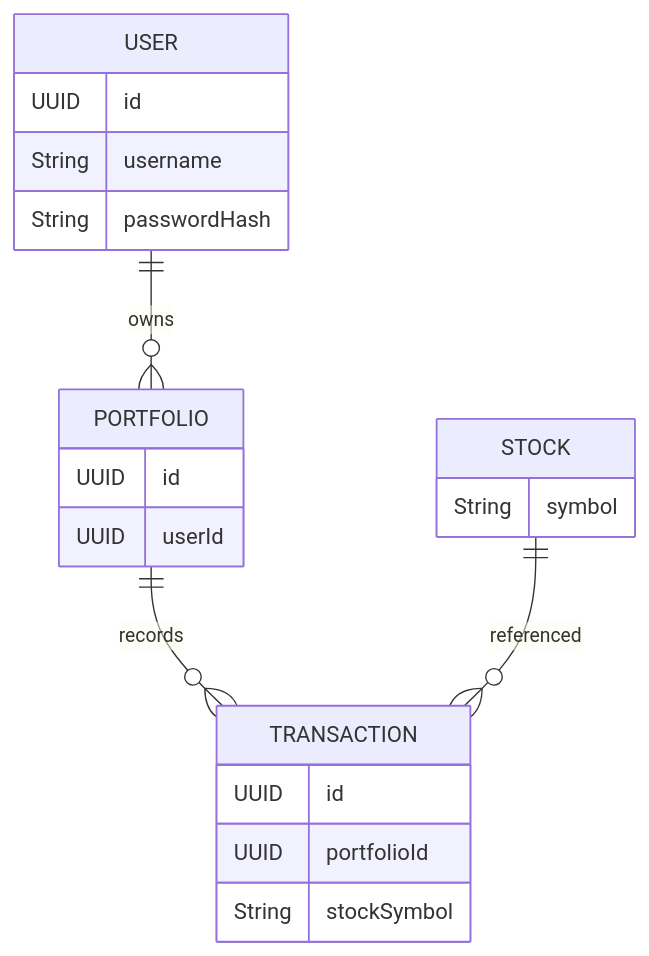
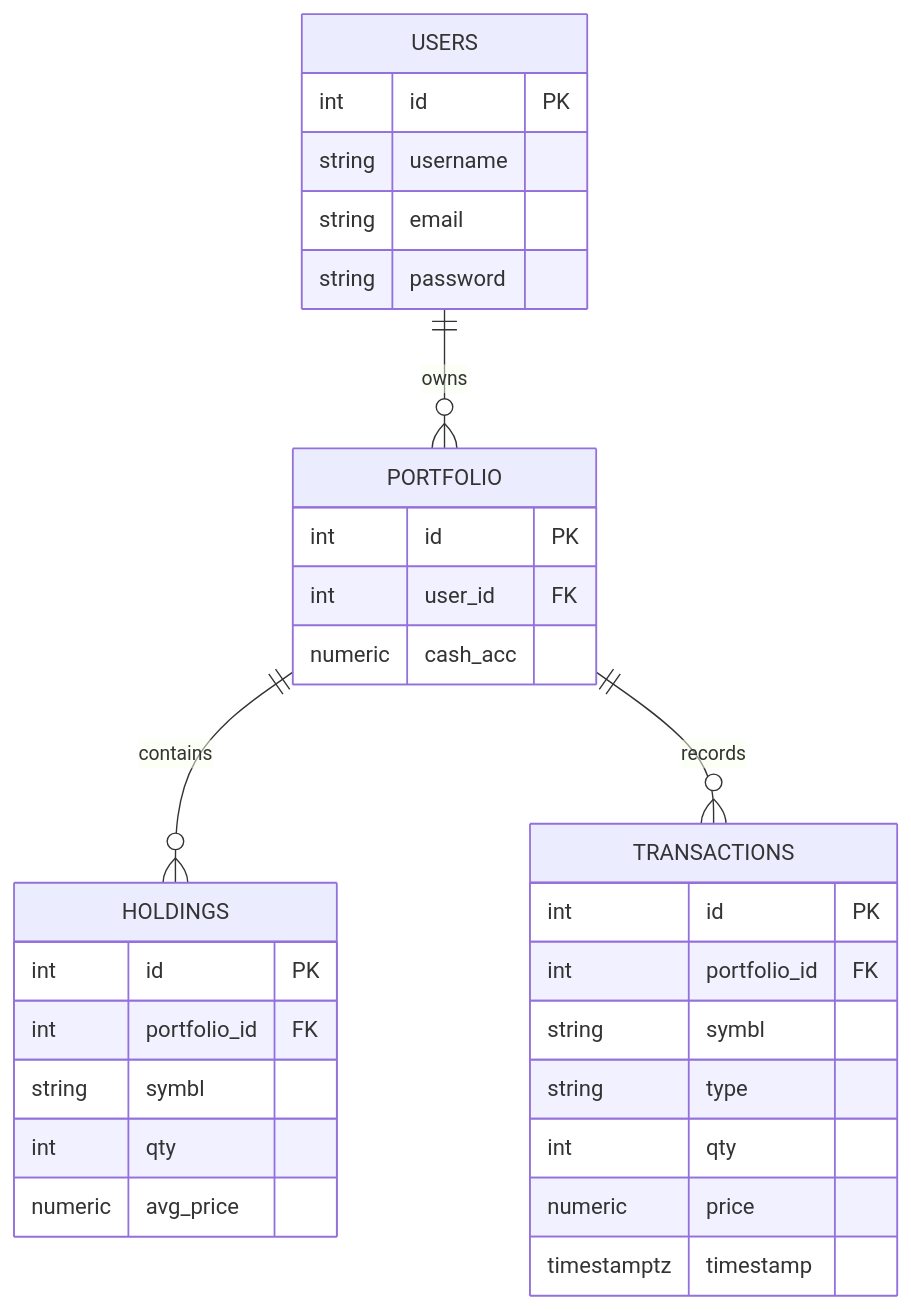
The first of 2 diagrams in README.md (PROGRAMIK9/Stock_Trade_Final), drawn with Mermaid before and after one commit. The commit also changed other lines of this file, not shown here.

````diff
--- a/README.md
+++ b/README.md
@@ -843,24 +792,37 @@
 ```mermaid
 erDiagram
-    USER {
-        UUID id
-        String username
-        String passwordHash
+    USERS ||--o{ PORTFOLIO : owns
+    PORTFOLIO ||--o{ HOLDINGS : contains
+    PORTFOLIO ||--o{ TRANSACTIONS : records
+    
+    USERS {
+        int id PK
+        string username
+        string email
+        string password
     }
+    
     PORTFOLIO {
-        UUID id
-        UUID userId
+        int id PK
+        int user_id FK
+        numeric cash_acc
     }
-    STOCK {
-        String symbol
+    
+    HOLDINGS {
+        int id PK
+        int portfolio_id FK
+        string symbl
+        int qty
+        numeric avg_price
     }
-    TRANSACTION {
-        UUID id
-        UUID portfolioId
-        String stockSymbol
+    
+    TRANSACTIONS {
+        int id PK
+        int portfolio_id FK
+        string symbl
+        string type
+        int qty
+        numeric price
+        timestamptz timestamp
     }
-
-    USER ||--o{ PORTFOLIO : owns
-    PORTFOLIO ||--o{ TRANSACTION : records
-    STOCK ||--o{ TRANSACTION : referenced
 ```
````
